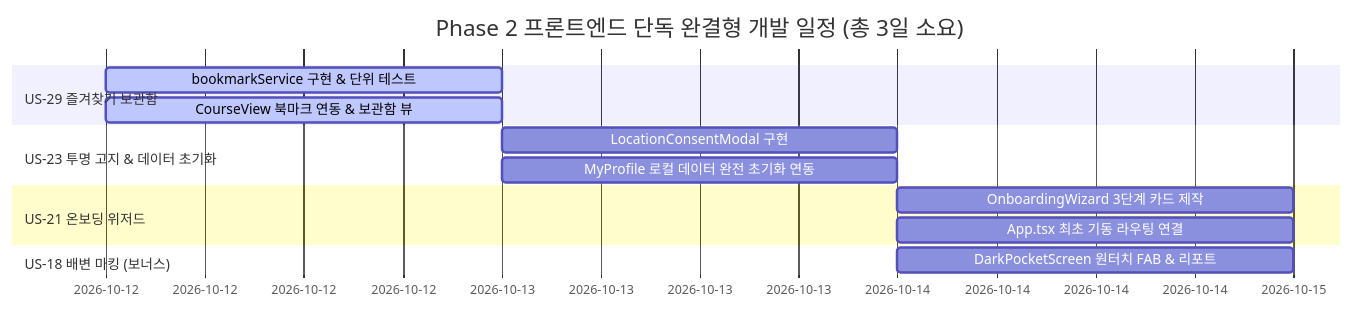
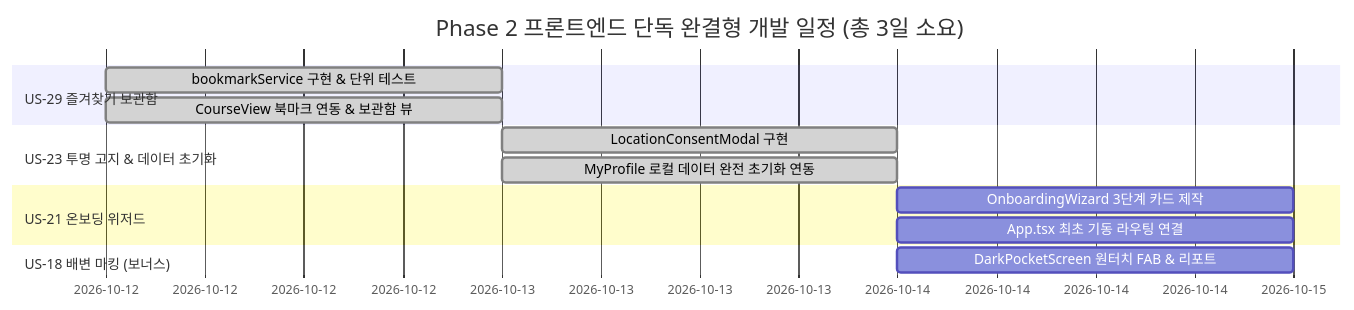
Before and after one commit to gigantess/pet_walk_t01: the second of 2 diagrams in docs/implementation_plan/frontend_phase2_stories_implementation_plan.md, drawn with Mermaid. The commit also changed other lines of this file and 12 other files, not shown here.

Commit message:
docs/implementation_plan/frontend_phase2_stories_implementation_plan.md의 계획에 따라 US-23(위치 정보 수집 동의 및 로컬 저장/마스킹 투명 고지 플로우) 구현 및 검증

````diff
--- a/docs/implementation_plan/frontend_phase2_stories_implementation_plan.md
+++ b/docs/implementation_plan/frontend_phase2_stories_implementation_plan.md
@@ -215,16 +221,16 @@
 ```mermaid
 gantt
     title Phase 2 프론트엔드 단독 완결형 개발 일정 (총 3일 소요)
     dateFormat  YYYY-MM-DD
     section US-29 즐겨찾기 보관함
-    bookmarkService 구현 & 단위 테스트     :active, a1, 2026-10-12, 1d
-    CourseView 북마크 연동 & 보관함 뷰     :active, a2, 2026-10-12, 1d
+    bookmarkService 구현 & 단위 테스트     :done, a1, 2026-10-12, 1d
+    CourseView 북마크 연동 & 보관함 뷰     :done, a2, 2026-10-12, 1d
     section US-23 투명 고지 & 데이터 초기화
-    LocationConsentModal 구현             :b1, 2026-10-13, 0.5d
-    MyProfile 로컬 데이터 완전 초기화 연동 :b2, 2026-10-13, 0.5d
+    LocationConsentModal 구현             :done, b1, 2026-10-13, 0.5d
+    MyProfile 로컬 데이터 완전 초기화 연동 :done, b2, 2026-10-13, 0.5d
     section US-21 온보딩 위저드
     OnboardingWizard 3단계 카드 제작      :c1, 2026-10-14, 0.5d
     App.tsx 최초 기동 라우팅 연결         :c2, 2026-10-14, 0.5d
     section US-18 배변 마킹 (보너스)
     DarkPocketScreen 원터치 FAB & 리포트   :d1, 2026-10-14, 0.5d
 ```
````
